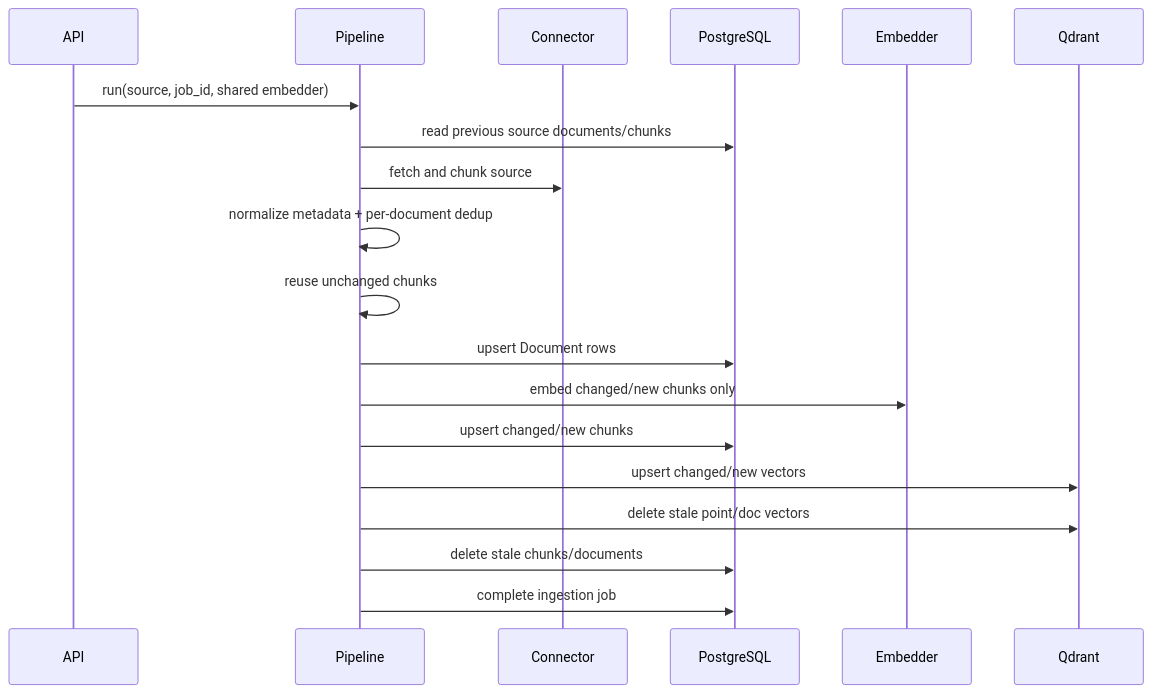
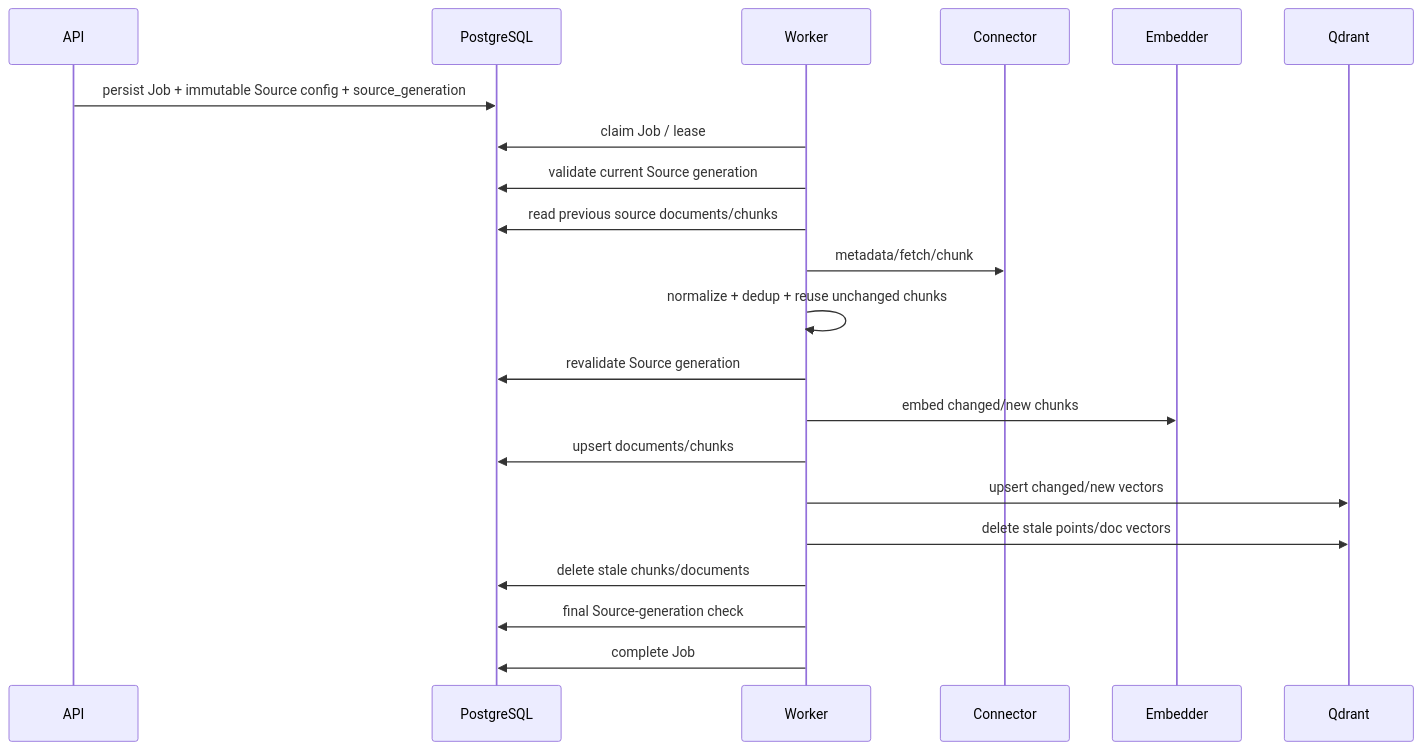
Before and after one commit to magic-alt/ragbot: the third of 3 diagrams in docs/SYSTEM_DESIGN.md, drawn with Mermaid. The commit also changed other lines of this file, not shown here.

Commit message:
docs: rewrite system design for current production architecture

````diff
--- a/docs/SYSTEM_DESIGN.md
+++ b/docs/SYSTEM_DESIGN.md
@@ -49,22 +144,24 @@
 ```mermaid
 sequenceDiagram
   participant API
-  participant Pipeline
-  participant Connector
   participant PG as PostgreSQL
+  participant W as Worker
+  participant C as Connector
   participant E as Embedder
   participant Q as Qdrant
 
-  API->>Pipeline: run(source, job_id, shared embedder)
-  Pipeline->>PG: read previous source documents/chunks
-  Pipeline->>Connector: fetch and chunk source
-  Pipeline->>Pipeline: normalize metadata + per-document dedup
-  Pipeline->>Pipeline: reuse unchanged chunks
-  Pipeline->>PG: upsert Document rows
-  Pipeline->>E: embed changed/new chunks only
-  Pipeline->>PG: upsert changed/new chunks
-  Pipeline->>Q: upsert changed/new vectors
-  Pipeline->>Q: delete stale point/doc vectors
-  Pipeline->>PG: delete stale chunks/documents
-  Pipeline->>PG: complete ingestion job
+  API->>PG: persist Job + immutable Source config + source_generation
+  W->>PG: claim Job / lease
+  W->>PG: validate current Source generation
+  W->>PG: read previous source documents/chunks
+  W->>C: metadata/fetch/chunk
+  W->>W: normalize + dedup + reuse unchanged chunks
+  W->>PG: revalidate Source generation
+  W->>E: embed changed/new chunks
+  W->>PG: upsert documents/chunks
+  W->>Q: upsert changed/new vectors
+  W->>Q: delete stale points/doc vectors
+  W->>PG: delete stale chunks/documents
+  W->>PG: final Source-generation check
+  W->>PG: complete Job
 ```
````
